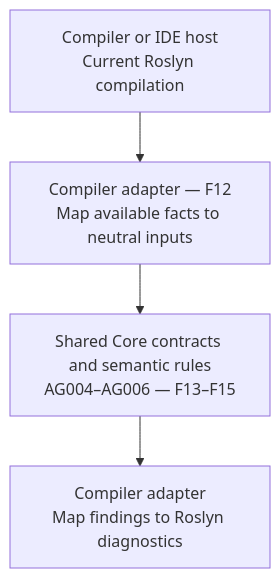
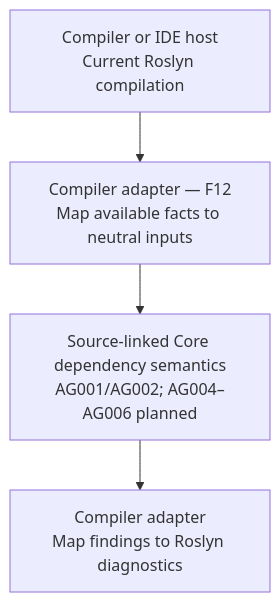
One commit to kbourzayq/arch-guard changed the third of 3 diagrams in docs/architecture/overview.md. Above: the diagram before and after it, drawn with Mermaid. The commit also changed other lines of this file and 23 other files, not shown here.

````diff
--- a/docs/architecture/overview.md
+++ b/docs/architecture/overview.md
@@ -184,11 +187,11 @@
 ```mermaid
 flowchart TD
     Host["Compiler or IDE host<br/>Current Roslyn compilation"]
     Adapter["Compiler adapter — F12<br/>Map available facts to neutral inputs"]
-    Rules["Shared Core contracts and semantic rules<br/>AG004–AG006 — F13–F15"]
+    Rules["Source-linked Core dependency semantics<br/>AG001/AG002; AG004–AG006 planned"]
     Diagnostics["Compiler adapter<br/>Map findings to Roslyn diagnostics"]
 
     Host --> Adapter
     Adapter --> Rules
     Rules --> Diagnostics
 ```
````
